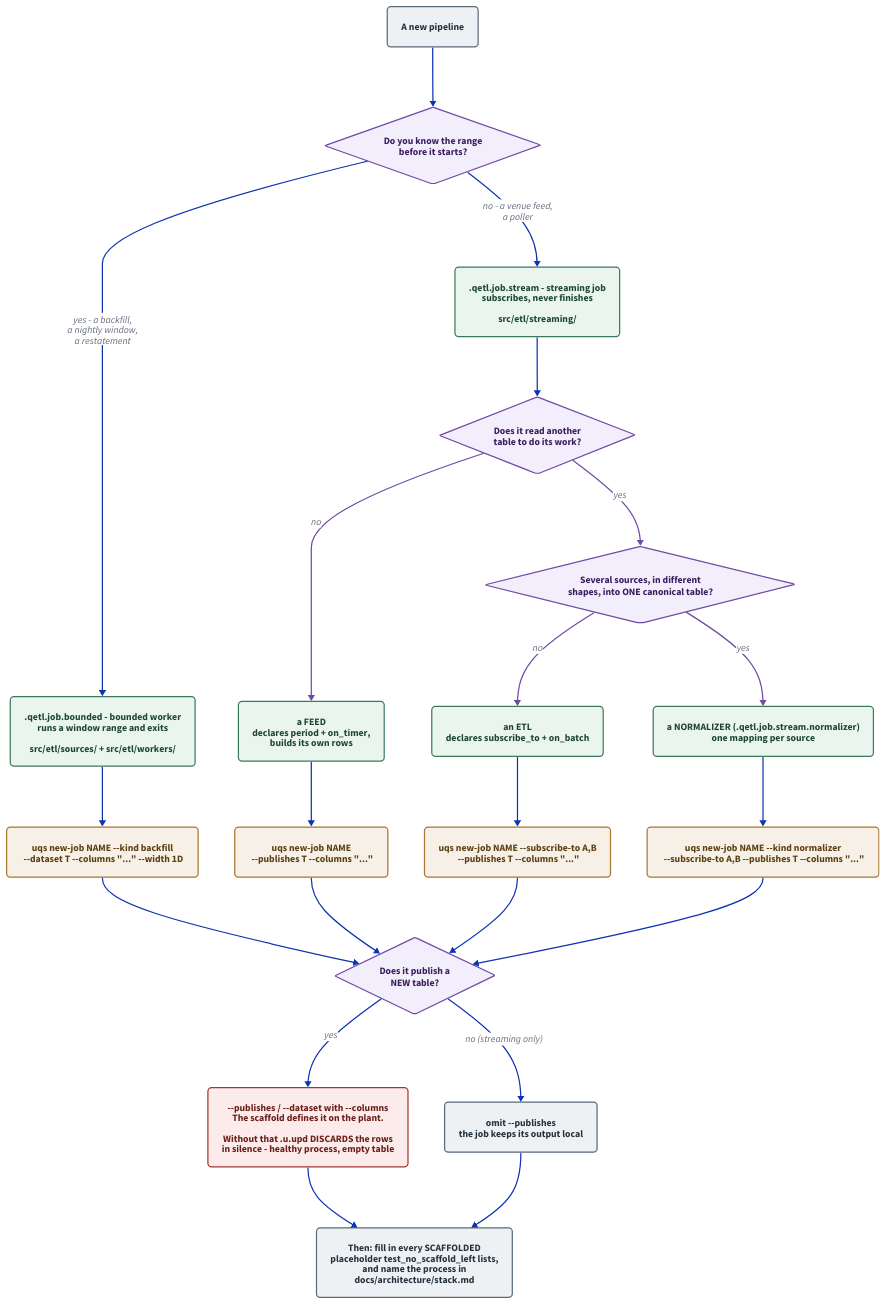
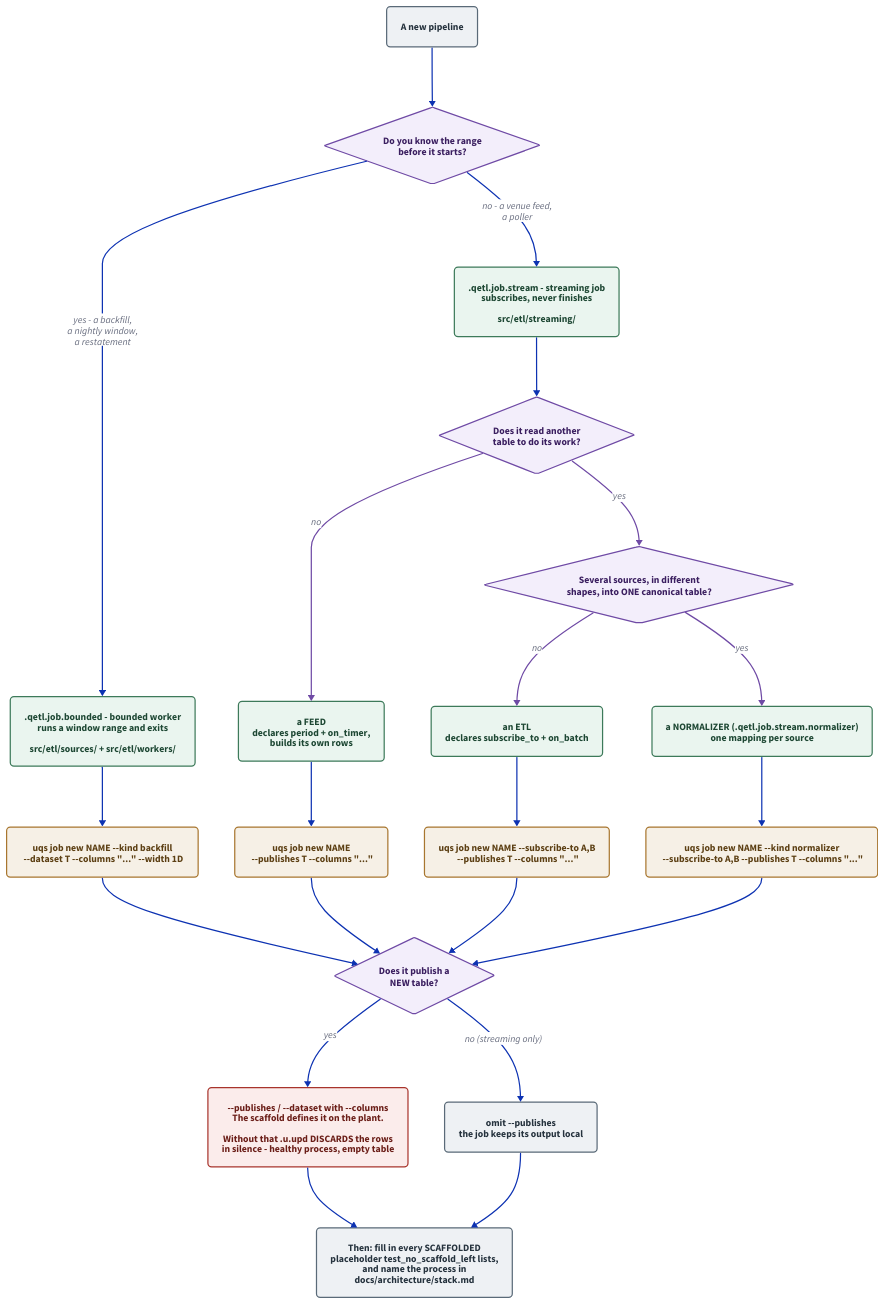
One commit to kwojdalski/uqf changed the diagram in docs/diagrams/pipeline-decision.d2. Above: the diagram before and after it, drawn with D2. The commit also changed 42 other files, not shown here.

First line of the commit message:
uqs: the job-writing commands move under `uqs job`

```diff
--- a/docs/diagrams/pipeline-decision.d2
+++ b/docs/diagrams/pipeline-decision.d2
@@ -1,126 +1,126 @@
 # pipeline-decision.d2 - which pipeline shape to build, and the command that
 # scaffolds it.
 #
 # Rendered by scripts/generate/render_diagrams.py, which CI runs with
 # --check. Embedded from docs/guides/new-pipeline.md.
 #
 # THE DECISION THIS DRAWS is the first one, and the guide says it is "the only
 # structural mistake here that is expensive to undo": bounded or continuous.
 # Everything after it is a flag on one command. That asymmetry is the point of
 # the drawing - a reader who expects a long decision tree should be able to see
 # in one glance that there are four questions, not thirty, and that only the
 # first one is hard to change later.
 #
 # The kinds are DERIVED, not asked for: a streaming job that subscribes to
 # nothing is a feed, one that subscribes is an etl. scaffold/jobs.py comments
 # that there is no third answer the caller could give which the edges do not
 # already imply. A NORMALIZER is the one kind named outright (--kind
 # normalizer): its edges look like an etl's, and what differs is its purpose -
 # several differently-shaped tables in, one canonical shape out - so the diagram shows `--subscribe-to` deciding it rather than a
 # `--kind feed` that does not exist.
 #
 # What is deliberately NOT here: the transform, the check, the io manager and
 # the partition. Those are declarations you write inside the file the scaffold
 # gives you, not choices about which file to make, and putting them on a
 # decision tree would say they are alternatives when they are ingredients.
 
 direction: down
 
 vars: {
   d2-config: {
     pad: 40
   }
 }
 
 classes: {
   question: {
     shape: diamond
     style: {
       fill: "#f3eefb"
       stroke: "#6f4aa5"
       font-color: "#3a1e5f"
     }
   }
   shell: {
     style: {
       fill: "#eaf5ef"
       stroke: "#3d7a5a"
       font-color: "#1d4733"
       border-radius: 6
     }
   }
   command: {
     style: {
       fill: "#f6f0e6"
       stroke: "#a8762f"
       font-color: "#5c3f13"
       border-radius: 6
     }
   }
   outcome: {
     style: {
       fill: "#eef1f4"
       stroke: "#5a6a78"
       font-color: "#25323d"
       border-radius: 6
     }
   }
   warn: {
     style: {
       fill: "#fbeceb"
       stroke: "#a8342c"
       font-color: "#6b1e18"
       border-radius: 6
     }
   }
 }
 
 start: "A new pipeline" { class: outcome }
 
 q1: "Do you know the range\nbefore it starts?" { class: question }
 
 bounded: ".qetl.job.bounded - bounded worker\nruns a window range and exits\n\nsrc/etl/sources/ + src/etl/workers/" { class: shell }
 cont: ".qetl.job.stream - streaming job\nsubscribes, never finishes\n\nsrc/etl/streaming/" { class: shell }
 
 q2: "Does it read another\ntable to do its work?" { class: question }
 feed: "a FEED\ndeclares period + on_timer,\nbuilds its own rows" { class: shell }
 etl: "an ETL\ndeclares subscribe_to + on_batch" { class: shell }
 q2b: "Several sources, in different\nshapes, into ONE canonical table?" { class: question }
 normalizer: "a NORMALIZER (.qetl.job.stream.normalizer)\none mapping per source" { class: shell }
-cmd_n: "uqs new-job NAME --kind normalizer\n  --subscribe-to A,B --publishes T --columns \"...\"" { class: command }
+cmd_n: "uqs job new NAME --kind normalizer\n  --subscribe-to A,B --publishes T --columns \"...\"" { class: command }
 
-cmd_b: "uqs new-job NAME --kind backfill\n  --dataset T --columns \"...\" --width 1D" { class: command }
-cmd_f: "uqs new-job NAME\n  --publishes T --columns \"...\"" { class: command }
-cmd_e: "uqs new-job NAME --subscribe-to A,B\n  --publishes T --columns \"...\"" { class: command }
+cmd_b: "uqs job new NAME --kind backfill\n  --dataset T --columns \"...\" --width 1D" { class: command }
+cmd_f: "uqs job new NAME\n  --publishes T --columns \"...\"" { class: command }
+cmd_e: "uqs job new NAME --subscribe-to A,B\n  --publishes T --columns \"...\"" { class: command }
 
 q3: "Does it publish a\nNEW table?" { class: question }
 newtable: "--publishes / --dataset with --columns\nThe scaffold defines it on the plant.\n\nWithout that .u.upd DISCARDS the rows\nin silence - healthy process, empty table" { class: warn }
 localonly: "omit --publishes\nthe job keeps its output local" { class: outcome }
 
 done: "Then: fill in every SCAFFOLDED\nplaceholder test_no_scaffold_left lists,\nand name the process in\ndocs/architecture/stack.md" { class: outcome }
 
 start -> q1
 q1 -> bounded: "yes - a backfill,\na nightly window,\na restatement"
 q1 -> cont: "no - a venue feed,\na poller"
 
 cont -> q2
 q2 -> feed: "no" { style.stroke: "#6f4aa5" }
 q2 -> q2b: "yes" { style.stroke: "#6f4aa5" }
 q2b -> etl: "no" { style.stroke: "#6f4aa5" }
 q2b -> normalizer: "yes" { style.stroke: "#6f4aa5" }
 
 bounded -> cmd_b
 feed -> cmd_f
 etl -> cmd_e
 normalizer -> cmd_n
 
 cmd_b -> q3
 cmd_f -> q3
 cmd_e -> q3
 cmd_n -> q3
 
 q3 -> newtable: "yes"
 q3 -> localonly: "no (streaming only)"
 
 newtable -> done
 localonly -> done
```
